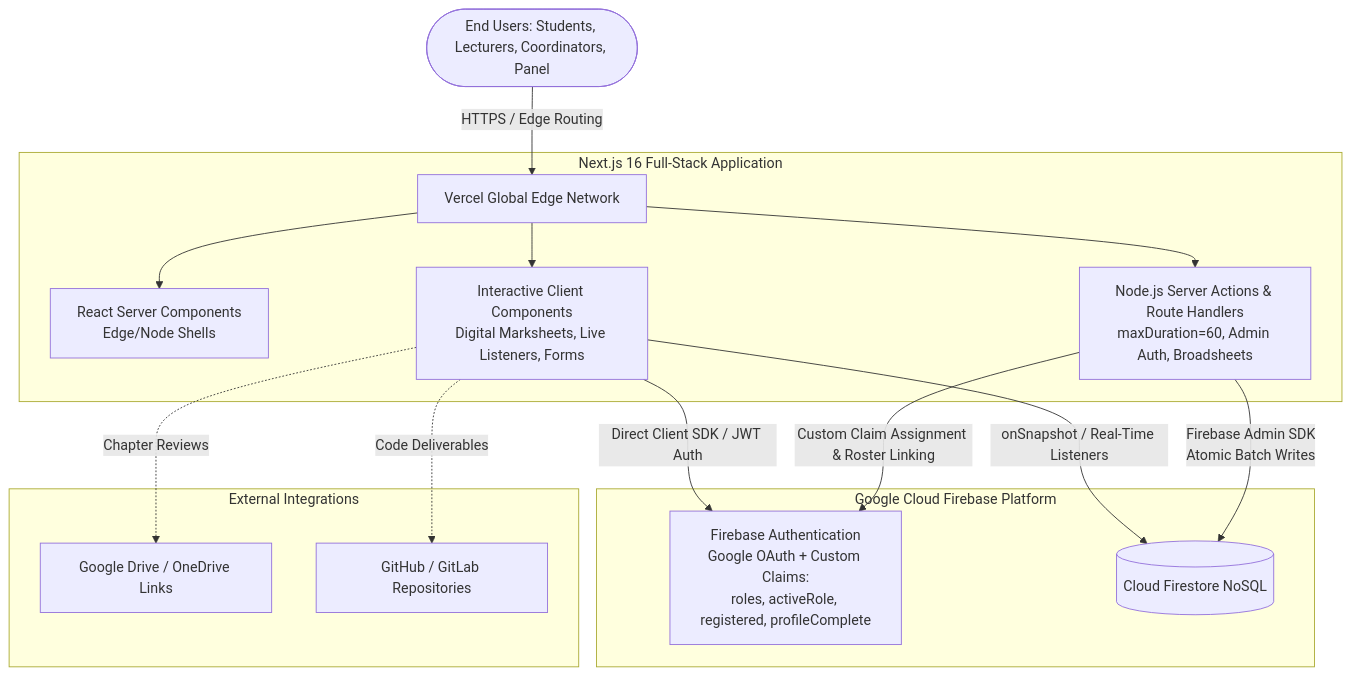
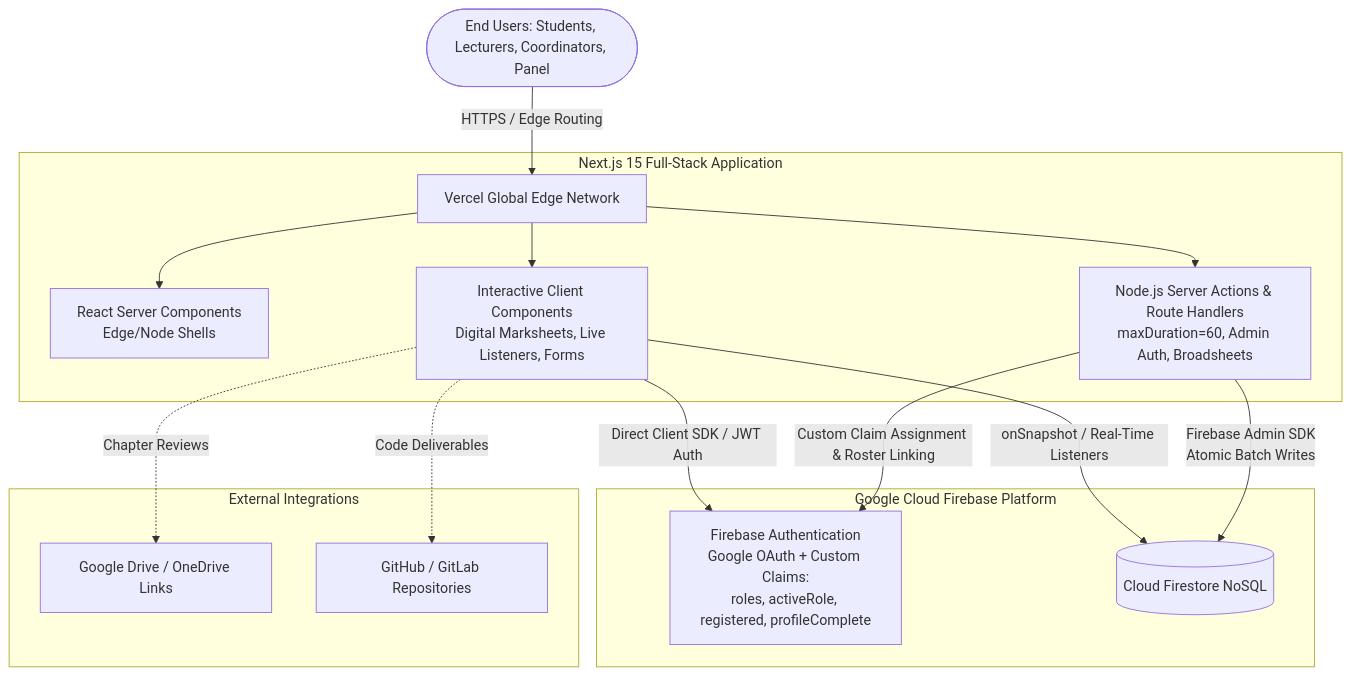
The first of 2 diagrams in docs/fypms-docs.md (paren-thesis/htu-fiypms), drawn with Mermaid before and after one commit. The commit also changed other lines of this file and 4 other files, not shown here.

````diff
--- a/docs/fypms-docs.md
+++ b/docs/fypms-docs.md
@@ -138,22 +139,22 @@
 ```mermaid
 graph TD
     User([End Users: Students, Lecturers, Coordinators, Panel]) -->|HTTPS / Edge Routing| Vercel[Vercel Global Edge Network]
 
-    subgraph NextJS [Next.js 16 Full-Stack Application]
+    subgraph NextJS [Next.js 15 Full-Stack Application]
         Vercel --> RSC[React Server Components<br/>Edge/Node Shells]
         Vercel --> ClientUI[Interactive Client Components<br/>Digital Marksheets, Live Listeners, Forms]
         Vercel --> Actions[Node.js Server Actions & Route Handlers<br/>maxDuration=60, Admin Auth, Broadsheets]
     end
 
     subgraph FirebaseServices [Google Cloud Firebase Platform]
         ClientUI -->|Direct Client SDK / JWT Auth| FBAuth[Firebase Authentication<br/>Google OAuth + Custom Claims:<br/>roles, activeRole, registered, profileComplete]
         ClientUI -->|onSnapshot / Real-Time Listeners| Firestore[(Cloud Firestore NoSQL)]
         Actions -->|Firebase Admin SDK<br/>Atomic Batch Writes| Firestore
         Actions -->|Custom Claim Assignment & Roster Linking| FBAuth
     end
 
     subgraph ExternalServices [External Integrations]
         ClientUI -. Chapter Reviews .-> GDrive[Google Drive / OneDrive Links]
         ClientUI -. Code Deliverables .-> GitHub[GitHub / GitLab Repositories]
     end
 ```
````
